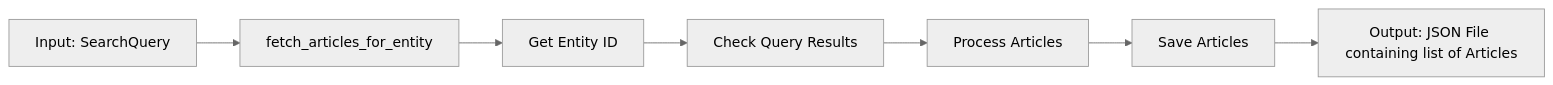
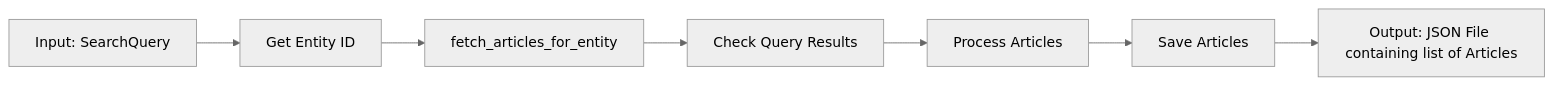
The diagram in OGL/readme.md (NotAlvin/Argus-Pub), drawn with Mermaid (neutral theme) before and after one commit. The commit also changed other lines of this file and 2 other files, not shown here.

````diff
--- a/OGL/readme.md
+++ b/OGL/readme.md
@@ -18,9 +19,9 @@
 ```mermaid
 graph LR
-    A[Input: SearchQuery] --> B[fetch_articles_for_entity]
-    B --> C[Get Entity ID]
+    A[Input: SearchQuery] --> B[Get Entity ID]
+    B --> C[fetch_articles_for_entity]
     C --> D[Check Query Results]
     D --> E[Process Articles]
     E --> F[Save Articles]
     F --> G[Output: JSON File containing list of Articles]
 ```
````
